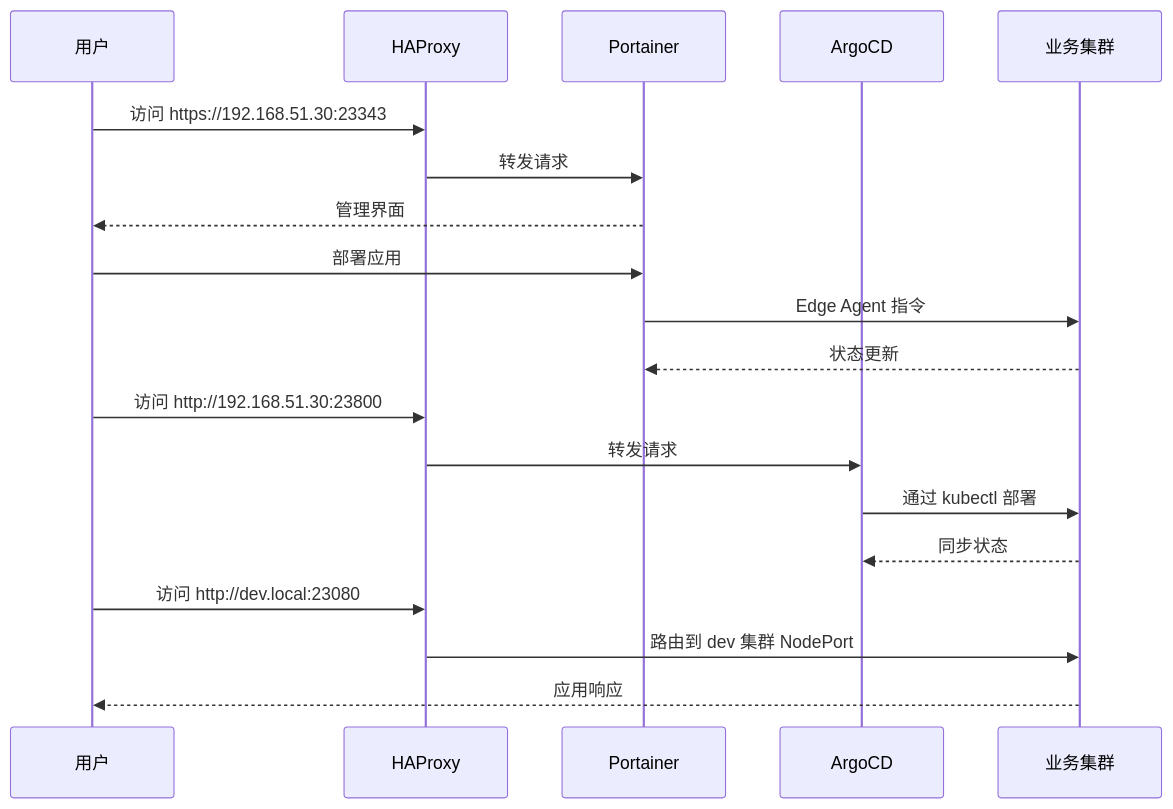
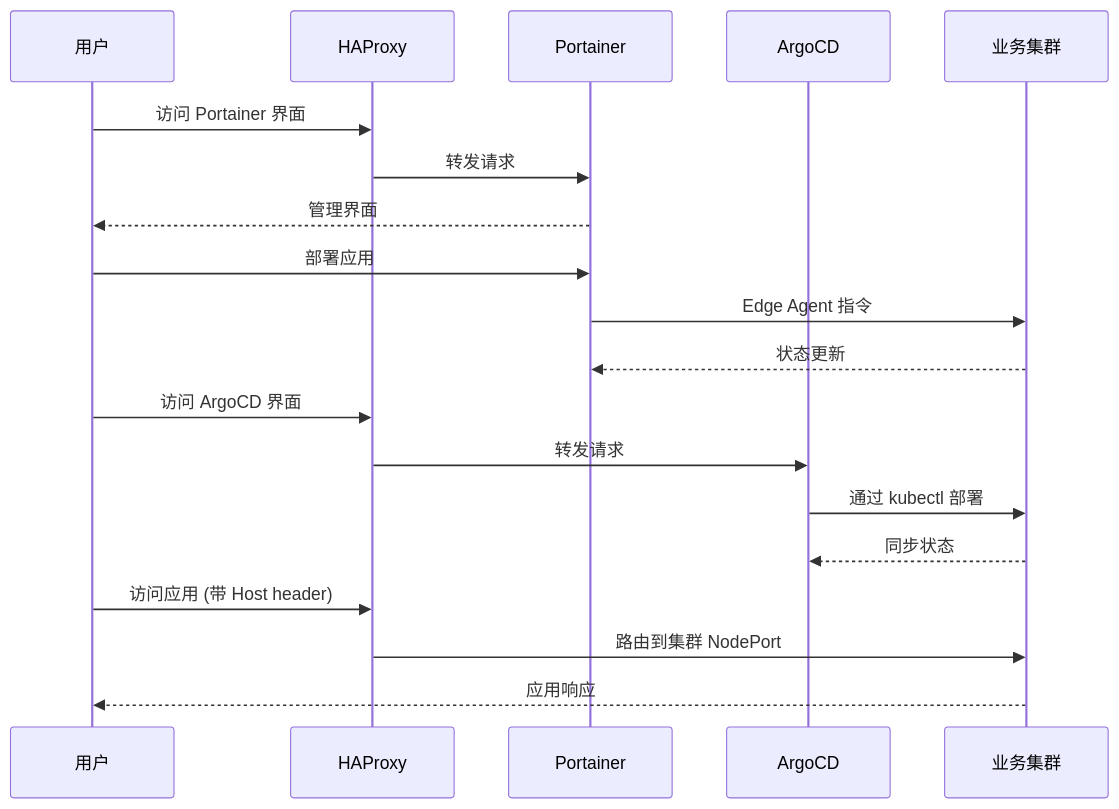
One commit to HofmannHe/Kindler changed the second of 2 diagrams in README_CN.md. Above: the diagram before and after it, drawn with Mermaid. The commit also changed other lines of this file and 1 other file, not shown here.

First line of the commit message:
docs: 优化架构图和配置说明的可配置性描述

````diff
--- a/README_CN.md
+++ b/README_CN.md
@@ -91,25 +72,25 @@
 ```mermaid
 sequenceDiagram
     participant User as 用户
     participant HAProxy
     participant Portainer
     participant ArgoCD
     participant K8sCluster as 业务集群
 
-    User->>HAProxy: 访问 https://192.168.51.30:23343
+    User->>HAProxy: 访问 Portainer 界面
     HAProxy->>Portainer: 转发请求
     Portainer-->>User: 管理界面
 
     User->>Portainer: 部署应用
     Portainer->>K8sCluster: Edge Agent 指令
     K8sCluster-->>Portainer: 状态更新
 
-    User->>HAProxy: 访问 http://192.168.51.30:23800
+    User->>HAProxy: 访问 ArgoCD 界面
     HAProxy->>ArgoCD: 转发请求
     ArgoCD->>K8sCluster: 通过 kubectl 部署
     K8sCluster-->>ArgoCD: 同步状态
 
-    User->>HAProxy: 访问 http://dev.local:23080
-    HAProxy->>K8sCluster: 路由到 dev 集群 NodePort
+    User->>HAProxy: 访问应用 (带 Host header)
+    HAProxy->>K8sCluster: 路由到集群 NodePort
     K8sCluster-->>User: 应用响应
 ```
````
